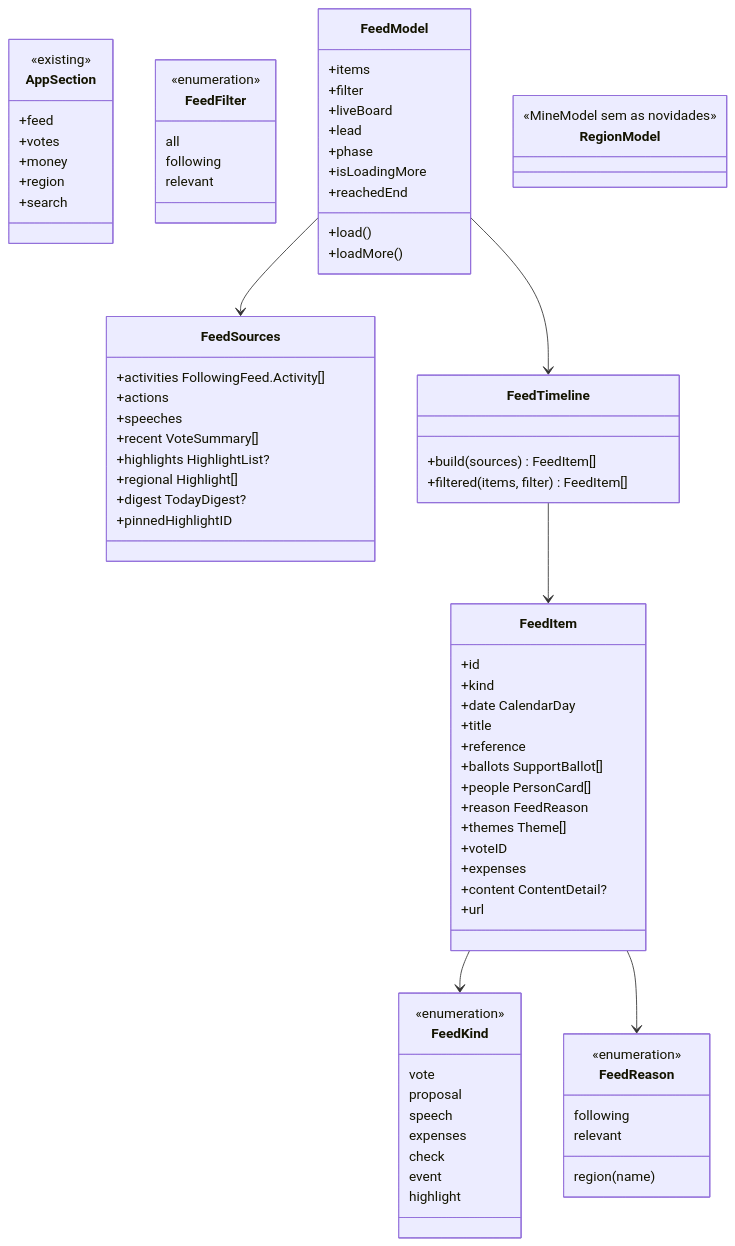
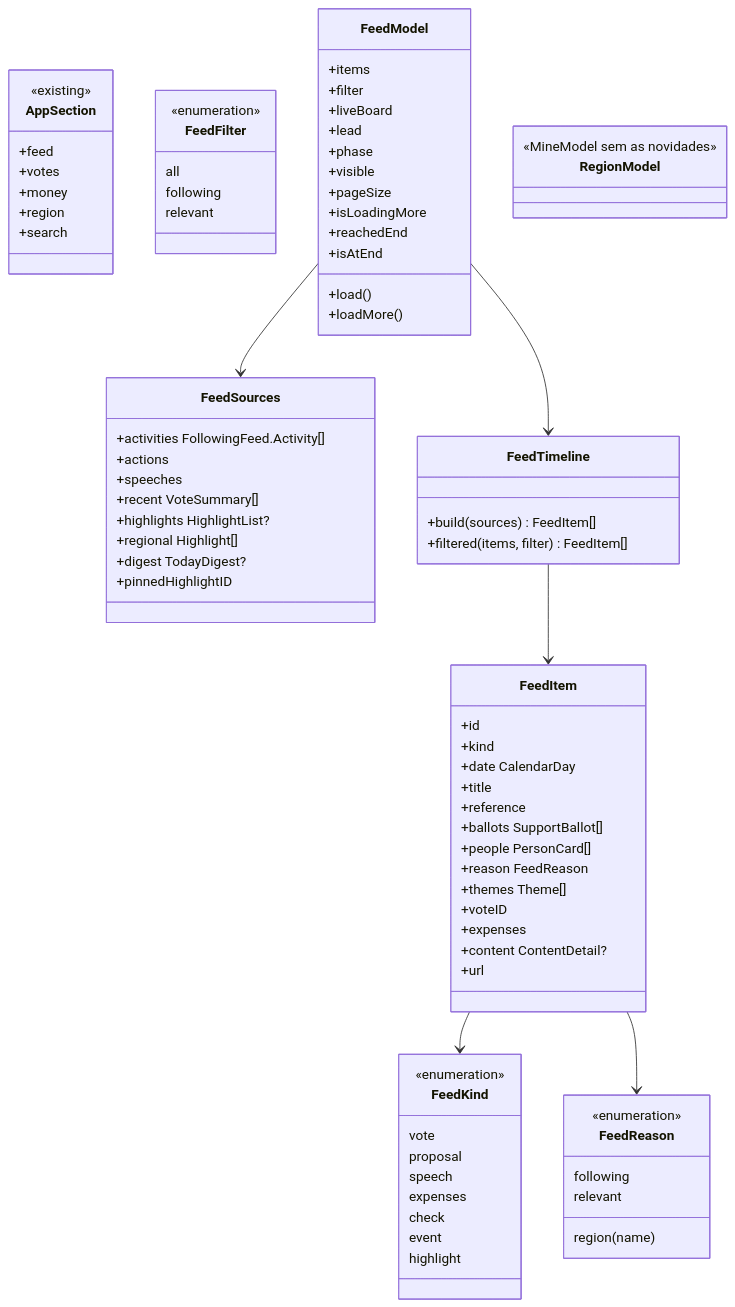
The diagram in spdd/prompt/FSC-013-202611012300-[Feat]-feed-first-tab-and-region.md (byescaleira/fiscal), drawn with Mermaid before and after one commit. The commit also changed other lines of this file and 4 other files, not shown here.

```diff
--- a/spdd/prompt/FSC-013-202611012300-[Feat]-feed-first-tab-and-region.md
+++ b/spdd/prompt/FSC-013-202611012300-[Feat]-feed-first-tab-and-region.md
@@ -112,8 +114,11 @@
         +liveBoard
         +lead
         +phase
+        +visible
+        +pageSize
         +isLoadingMore
         +reachedEnd
+        +isAtEnd
         +load()
         +loadMore()
     }
```
